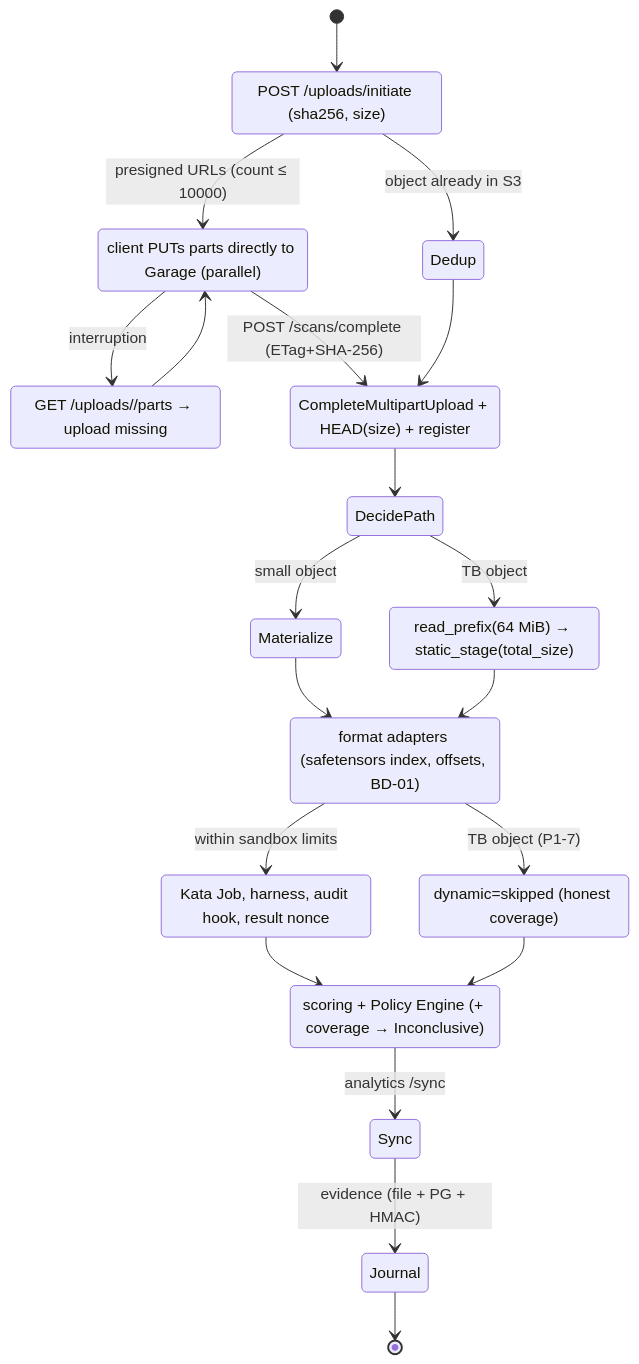
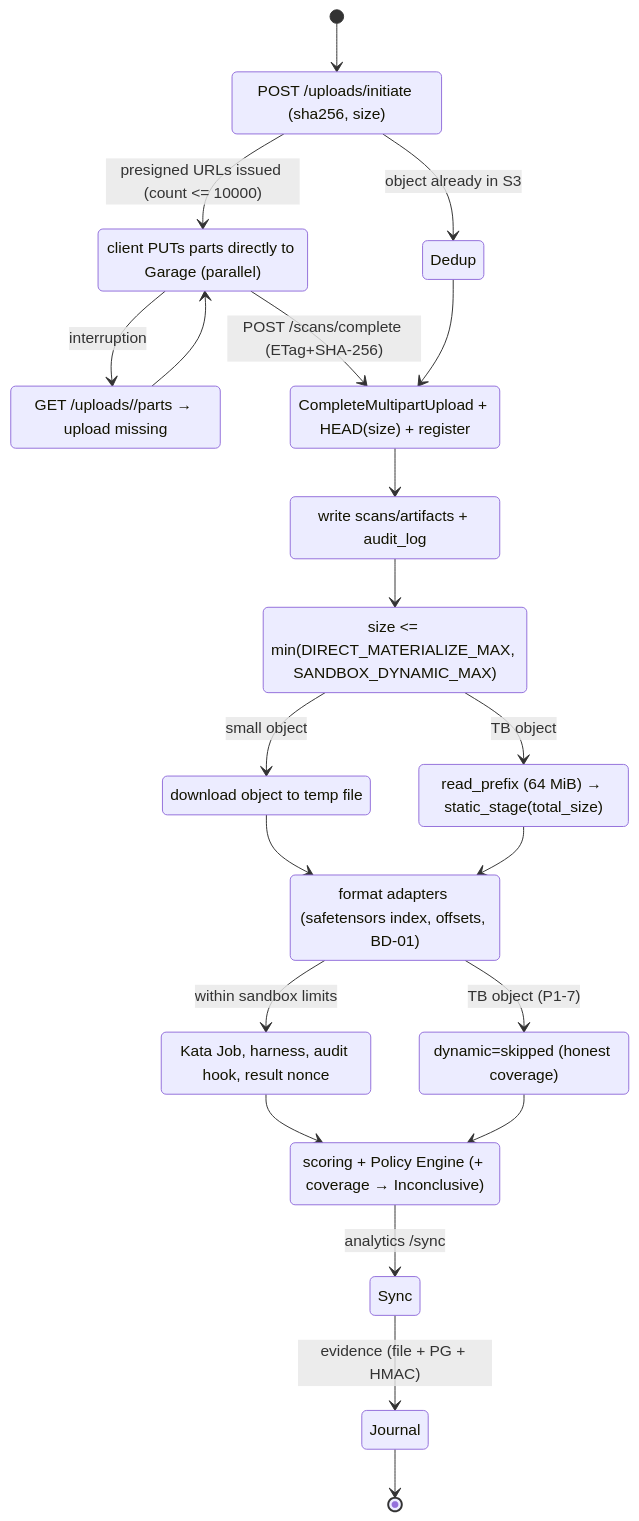
One commit to pol4/MLScan changed the second of 3 diagrams in docs/en/15-large-model-analysis.md. Above: the diagram before and after it, drawn with Mermaid. The commit also changed other lines of this file and 1 other file, not shown here.

Commit message:
docs/15: fix state diagrams (ASCII ids, no ASCII arrows in labels that broke mermaid -> detached blocks)

````diff
--- a/docs/en/15-large-model-analysis.md
+++ b/docs/en/15-large-model-analysis.md
@@ -555,31 +555,35 @@
 ```mermaid
 stateDiagram-v2
-  [*] --> Initiate
-  Initiate : POST /uploads/initiate (sha256, size)
-  Initiate --> Dedup : object already in S3
-  Initiate --> UploadParts : presigned URLs (count ≤ 10000)
+  [*] --> Init
+  Init : POST /uploads/initiate (sha256, size)
+  Init --> Dedup : object already in S3
+  Init --> UploadParts : presigned URLs issued (count <= 10000)
   UploadParts : client PUTs parts directly to Garage (parallel)
   UploadParts --> Resume : interruption
   Resume : GET /uploads/<id>/parts → upload missing
   Resume --> UploadParts
   UploadParts --> Assemble : POST /scans/complete (ETag+SHA-256)
   Dedup --> Assemble
   Assemble : CompleteMultipartUpload + HEAD(size) + register
-  Assemble --> DecidePath
-  DecidePath --> Materialize : small object
-  DecidePath --> PrefixStatic : TB object
+  Assemble --> Register
+  Register : write scans/artifacts + audit_log
+  Register --> ChoosePath
+  ChoosePath : size <= min(DIRECT_MATERIALIZE_MAX, SANDBOX_DYNAMIC_MAX)
+  ChoosePath --> Materialize : small object
+  ChoosePath --> PrefixStatic : TB object
+  Materialize : download object to temp file
   Materialize --> Static
-  PrefixStatic : read_prefix(64 MiB) → static_stage(total_size)
+  PrefixStatic : read_prefix (64 MiB) → static_stage(total_size)
   PrefixStatic --> Static
   Static : format adapters (safetensors index, offsets, BD-01)
   Static --> Dynamic : within sandbox limits
   Static --> SkipDynamic : TB object (P1-7)
   Dynamic : Kata Job, harness, audit hook, result nonce
   SkipDynamic : dynamic=skipped (honest coverage)
   Dynamic --> Verdict
   SkipDynamic --> Verdict
   Verdict : scoring + Policy Engine (+ coverage → Inconclusive)
   Verdict --> Sync : analytics /sync
   Sync --> Journal : evidence (file + PG + HMAC)
   Journal --> [*]
 ```
````
